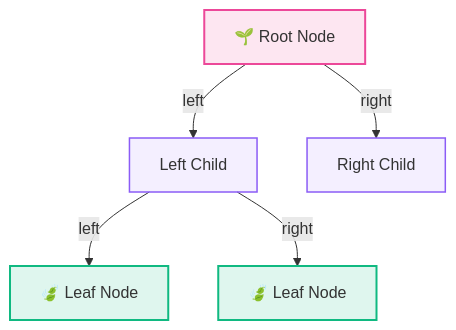
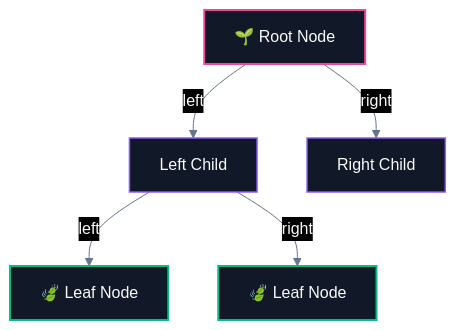
The eighth of 8 diagrams in CS/DSA/07. Trees & BSTs/01. Binary Tree Fundamentals.md (abhinavbharti2345/CS_Notes), drawn with Mermaid before and after one commit. The commit also changed other lines of this file and 195 other files, not shown here.

````diff
--- a/CS/DSA/07. Trees & BSTs/01. Binary Tree Fundamentals.md
+++ b/CS/DSA/07. Trees & BSTs/01. Binary Tree Fundamentals.md
@@ -409,20 +416,21 @@
 ```mermaid
+%%{init: {'theme': 'base', 'themeVariables': { 'darkMode': true, 'background': '#0B0F14', 'mainBkg': '#111827', 'primaryColor': '#111827', 'primaryTextColor': '#F8FAFC', 'primaryBorderColor': '#38BDF8', 'lineColor': '#64748B', 'secondaryColor': '#0B0F14', 'tertiaryColor': '#0B0F14', 'clusterBkg': '#0B0F14', 'clusterBorder': '#38BDF8' }}}%%
 flowchart TD
     R["🌱 Root Node"]
     LC["Left Child"]
     RC["Right Child"]
     LL["🍃 Leaf Node"]
     LR["🍃 Leaf Node"]
 
     R -->|left| LC
     R -->|right| RC
     LC -->|left| LL
     LC -->|right| LR
 
-    classDef rootStyle fill:#ec489922,stroke:#ec4899,stroke-width:2px;
-    classDef nodeStyle fill:#8b5cf618,stroke:#8b5cf6,stroke-width:1.5px;
-    classDef leafStyle fill:#10b98122,stroke:#10b981,stroke-width:2px;
+    classDef rootStyle fill:#111827,stroke:#ec4899,stroke-width:2px,color:#F8FAFC;
+    classDef nodeStyle fill:#111827,stroke:#8b5cf6,stroke-width:1.5px,color:#F8FAFC;
+    classDef leafStyle fill:#111827,stroke:#10b981,stroke-width:2px,color:#F8FAFC;
     class R rootStyle;
     class LC,RC nodeStyle;
     class LL,LR leafStyle;
 ```
````
